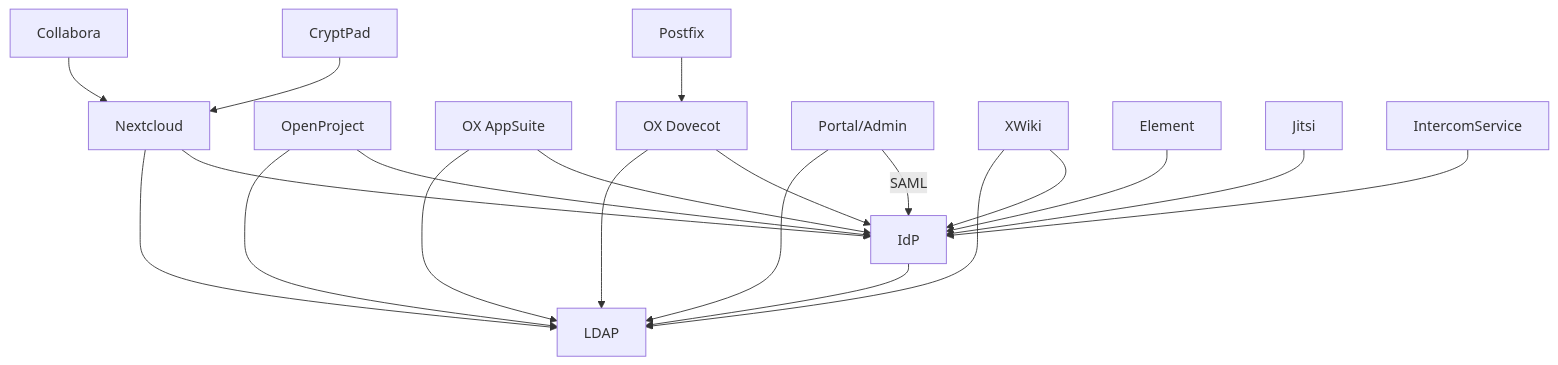
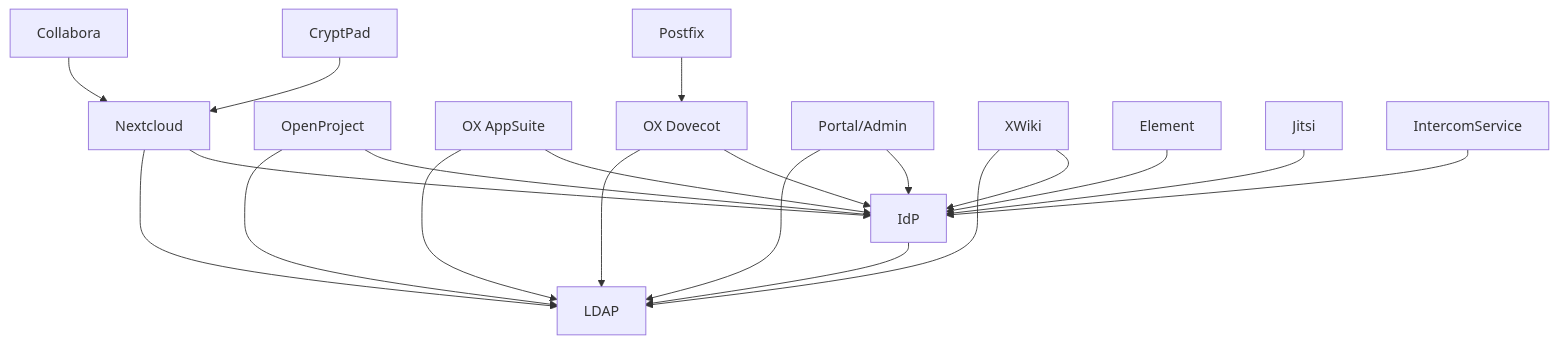
One commit to tobias-weiss-ai-xr/opendesk-edu changed the second of 4 diagrams in docs/architecture.md. Above: the diagram before and after it, drawn with Mermaid. The commit also changed other lines of this file and 2 other files, not shown here.

Commit message:
fix(nubus): Remove legacy `UMC` Keycloak client that was used for SAML connection with the Nubus portal

````diff
--- a/docs/architecture.md
+++ b/docs/architecture.md
@@ -137,22 +137,22 @@
 ```mermaid
 flowchart TD
  K[IdP]-->L[LDAP]
  N[Nextcloud]-->L
  O[OpenProject] --> L
  A[OX AppSuite]-->L
  D[OX Dovecot]-->L
  P[Portal/Admin]-->L
  X[XWiki]-->L
  A-->K
  N-->K
  D-->K
  O-->K
  X-->K
- P-->|SAML|K
+ P-->K
  E[Element]-->K
  J[Jitsi]-->K
  I[IntercomService]-->K
  C[Collabora]-->N
  R[CryptPad]-->N
  F[Postfix]-->D
 ```
````
